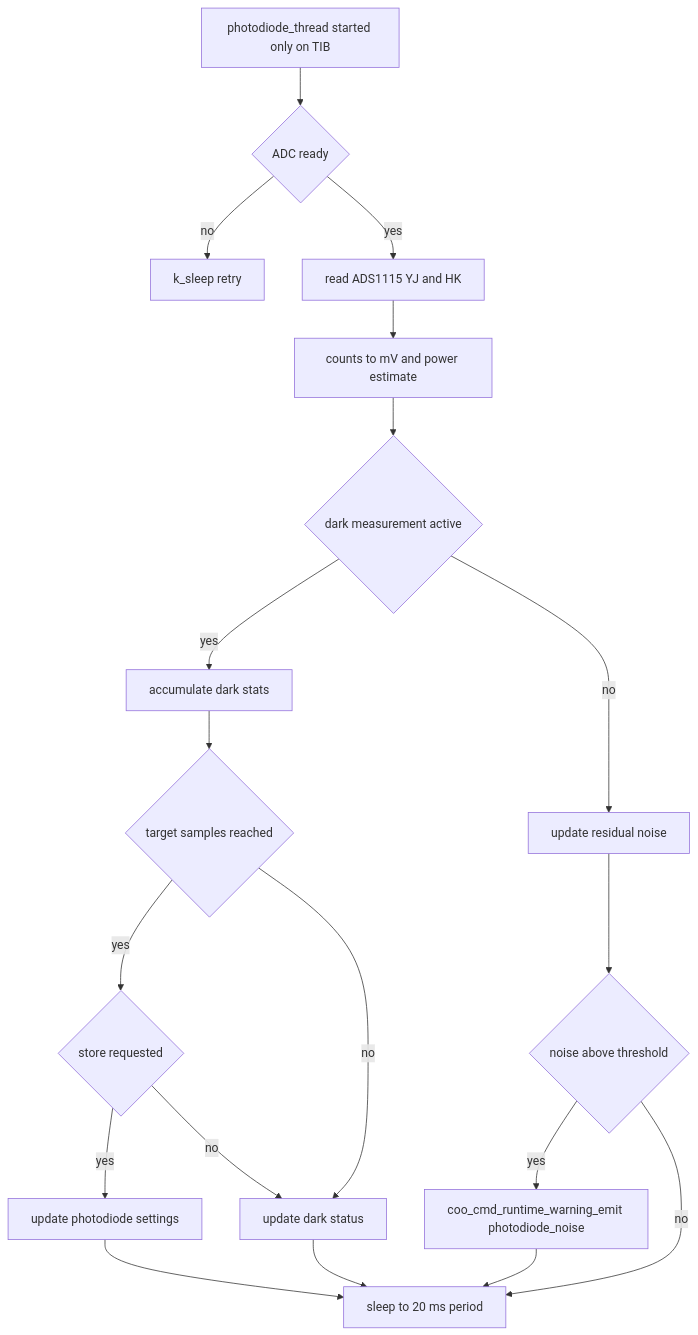
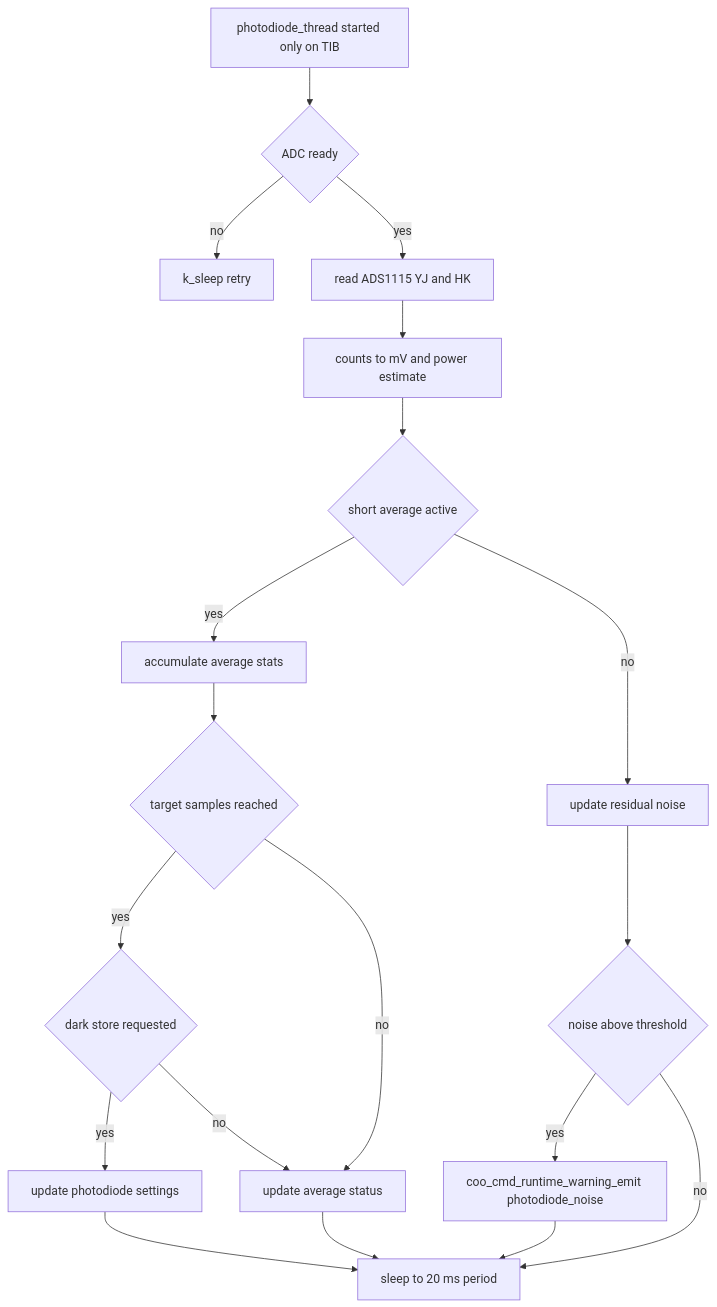
The tenth of 22 diagrams in doc/diagrams.md (COO-Utilities/hispec-tib), drawn with Mermaid before and after one commit. The commit also changed 6 other files, not shown here.

Commit message:
Simplify photodiode to use averaging functionality for dark measurement with short averaging. Transition dark persistence and statistics handling.

````diff
--- a/doc/diagrams.md
+++ b/doc/diagrams.md
@@ -190,21 +190,21 @@
 ```mermaid
 flowchart TD
   Thread[photodiode_thread started only on TIB] --> Adc{ADC ready}
   Adc -- no --> Sleep[k_sleep retry]
   Adc -- yes --> Sample[read ADS1115 YJ and HK]
   Sample --> Convert[counts to mV and power estimate]
-  Convert --> Dark{dark measurement active}
-  Dark -- yes --> Accumulate[accumulate dark stats]
+  Convert --> Average{short average active}
+  Average -- yes --> Accumulate[accumulate average stats]
   Accumulate --> Complete{target samples reached}
-  Complete -- yes --> Store{store requested}
+  Complete -- yes --> Store{dark store requested}
   Store -- yes --> Persist[update photodiode settings]
-  Store -- no --> Status[update dark status]
+  Store -- no --> Status[update average status]
   Complete -- no --> Status
-  Dark -- no --> Noise[update residual noise]
+  Average -- no --> Noise[update residual noise]
   Status --> SleepPeriod[sleep to 20 ms period]
   Persist --> SleepPeriod
   Noise --> Warn{noise above threshold}
   Warn -- yes --> Emit[coo_cmd_runtime_warning_emit photodiode_noise]
   Warn -- no --> SleepPeriod
   Emit --> SleepPeriod
 ```
````
